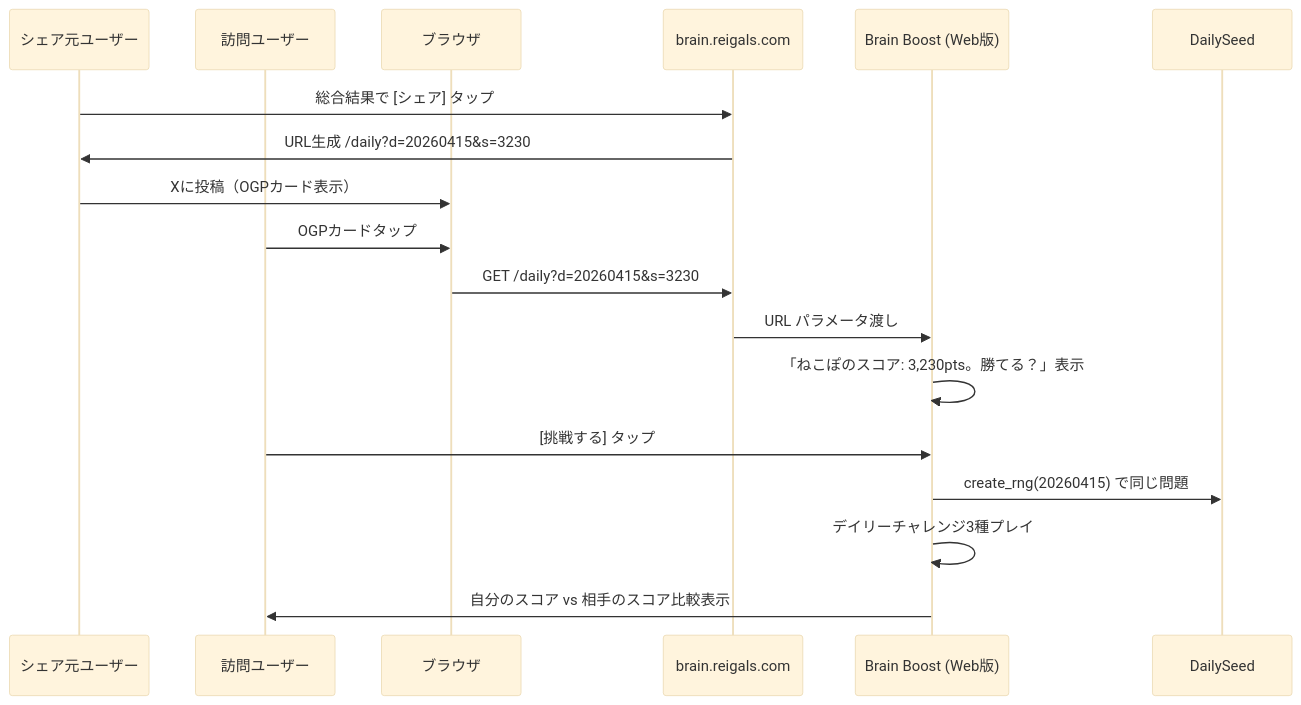
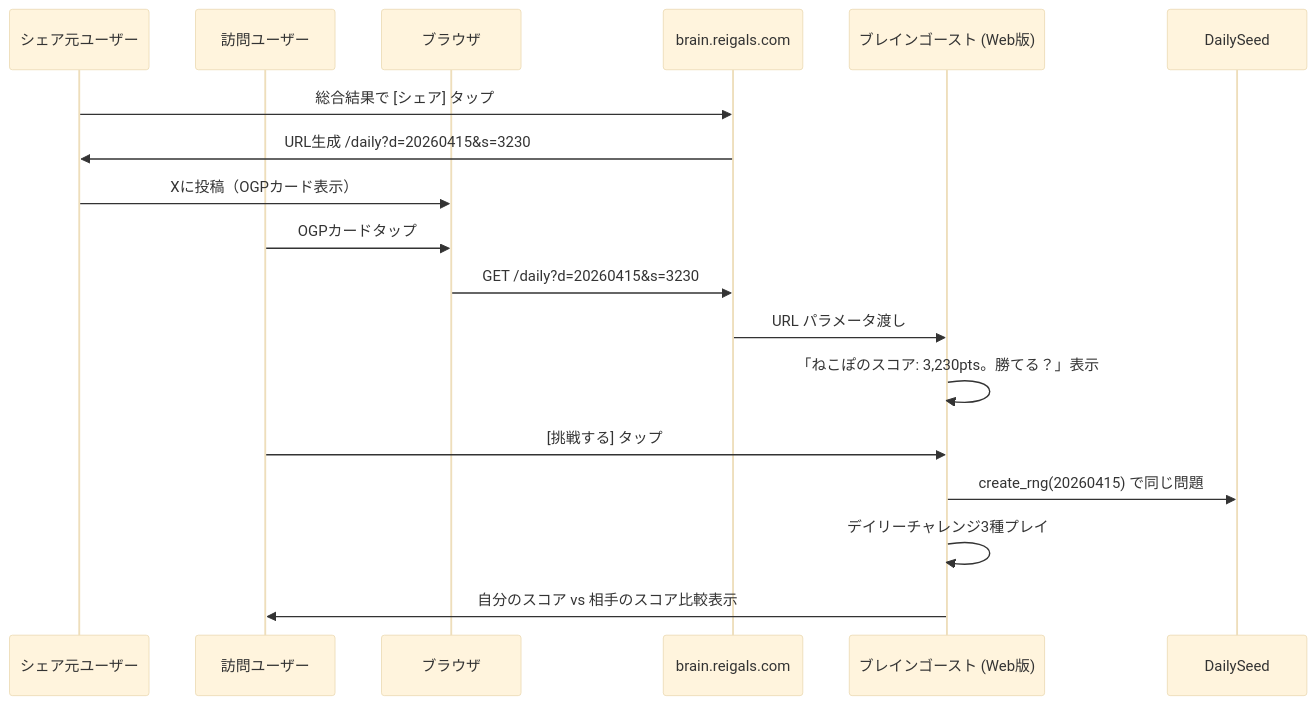
The fifth of 7 diagrams in docs/functional-design.md (fukaor/Brain-Ghost), drawn with Mermaid (base theme) before and after one commit. The commit also changed other lines of this file and 31 other files, not shown here.

First line of the commit message:
rename: Brain Boost → ブレインゴースト - 脳トレ × 自分対戦

````diff
--- a/docs/functional-design.md
+++ b/docs/functional-design.md
@@ -696,21 +696,21 @@
 ```mermaid
 sequenceDiagram
     participant Friend as シェア元ユーザー
     participant Visitor as 訪問ユーザー
     participant Browser as ブラウザ
     participant Web as brain.reigals.com
-    participant App as Brain Boost (Web版)
+    participant App as ブレインゴースト (Web版)
     participant DSeed as DailySeed
 
     Friend->>Web: 総合結果で [シェア] タップ
     Web->>Friend: URL生成 /daily?d=20260415&s=3230
     Friend->>Browser: Xに投稿（OGPカード表示）
     Visitor->>Browser: OGPカードタップ
     Browser->>Web: GET /daily?d=20260415&s=3230
     Web->>App: URL パラメータ渡し
     App->>App: 「ねこぽのスコア: 3,230pts。勝てる？」表示
     Visitor->>App: [挑戦する] タップ
     App->>DSeed: create_rng(20260415) で同じ問題
     App->>App: デイリーチャレンジ3種プレイ
     App->>Visitor: 自分のスコア vs 相手のスコア比較表示
 ```
````
